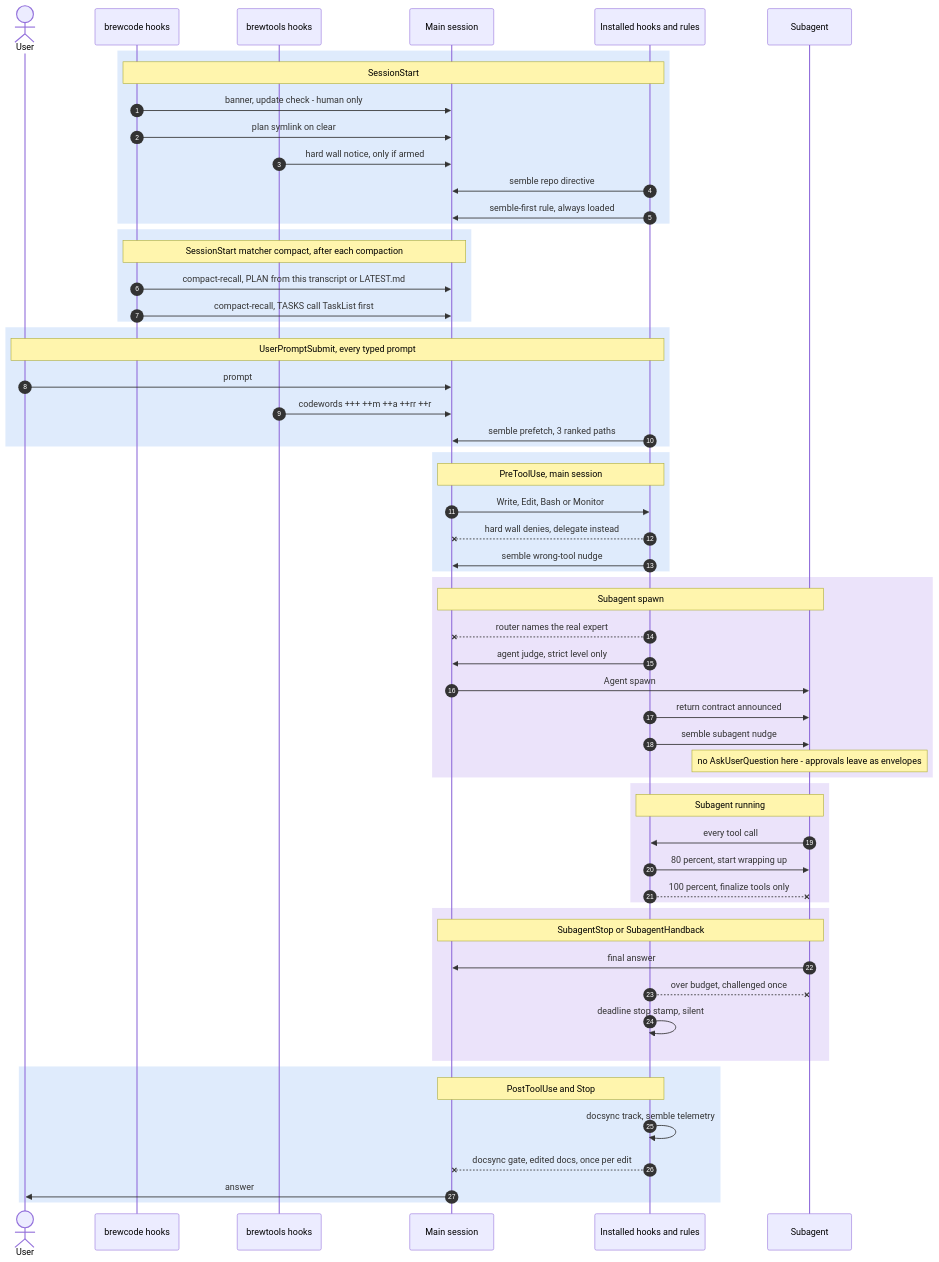
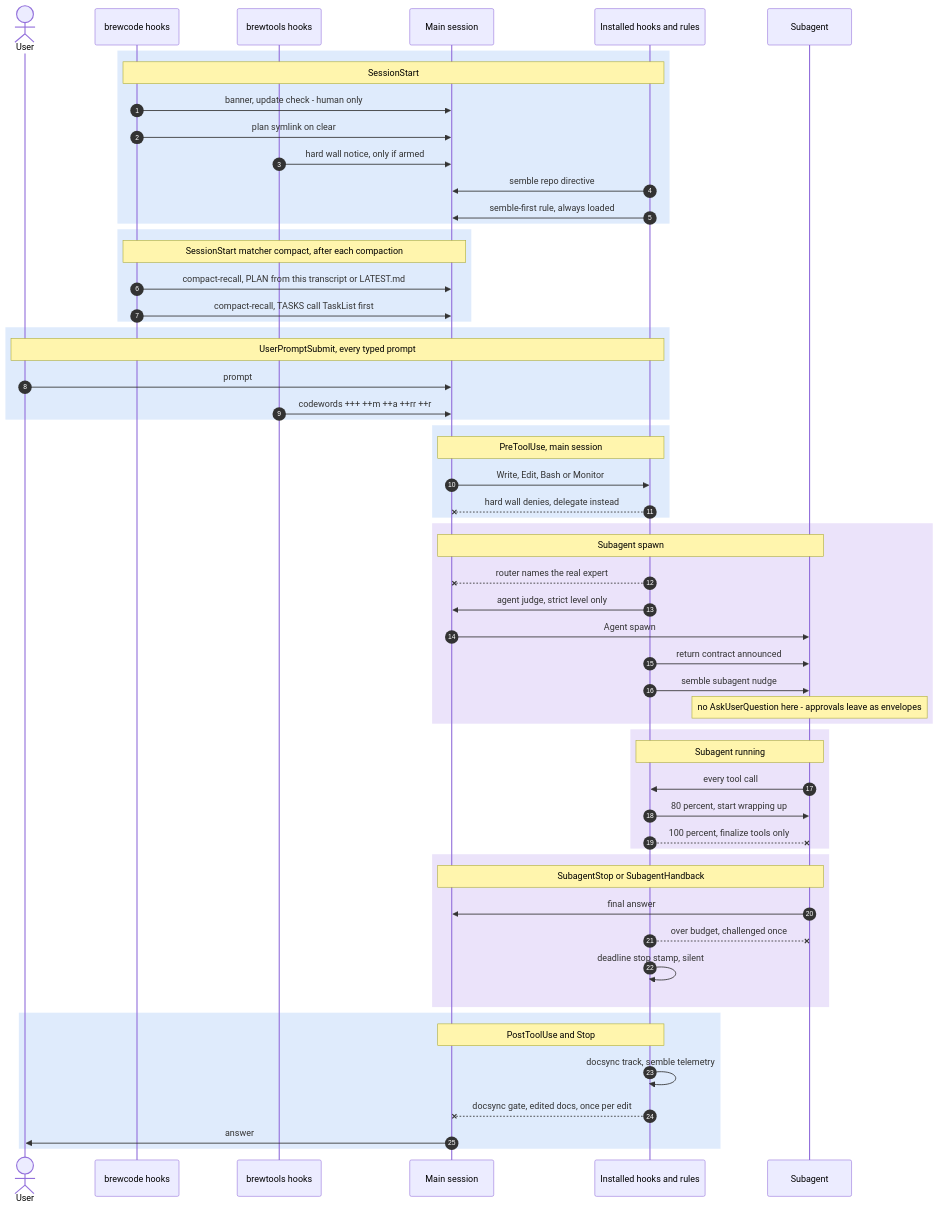
One commit to kochetkov-ma/claude-brewcode changed the second of 2 diagrams in APPROACHES.md. Above: the diagram before and after it, drawn with Mermaid. The commit also changed other lines of this file and 517 other files, not shown here.

````diff
--- a/APPROACHES.md
+++ b/APPROACHES.md
@@ -81,70 +81,68 @@
 ```mermaid
 sequenceDiagram
   autonumber
   actor U as User
   participant BC as brewcode hooks
   participant BT as brewtools hooks
   participant MS as Main session
   participant PH as Installed hooks and rules
   participant SA as Subagent
 
   rect rgba(31,111,235,0.14)
     Note over BC,PH: SessionStart
     BC->>MS: banner, update check - human only
     BC->>MS: plan symlink on clear
     BT->>MS: hard wall notice, only if armed
     PH->>MS: semble repo directive
     PH->>MS: semble-first rule, always loaded
   end
 
   rect rgba(31,111,235,0.14)
     Note over BC,MS: SessionStart matcher compact, after each compaction
     BC->>MS: compact-recall, PLAN from this transcript or LATEST.md
     BC->>MS: compact-recall, TASKS call TaskList first
   end
 
   rect rgba(31,111,235,0.14)
     Note over U,PH: UserPromptSubmit, every typed prompt
     U->>MS: prompt
     BT->>MS: codewords +++ ++m ++a ++rr ++r
-    PH->>MS: semble prefetch, 3 ranked paths
   end
 
   rect rgba(31,111,235,0.14)
     Note over MS,PH: PreToolUse, main session
     MS->>PH: Write, Edit, Bash or Monitor
     PH--xMS: hard wall denies, delegate instead
-    PH->>MS: semble wrong-tool nudge
   end
 
   rect rgba(130,80,223,0.16)
     Note over MS,SA: Subagent spawn
     PH--xMS: router names the real expert
     PH->>MS: agent judge, strict level only
     MS->>SA: Agent spawn
     PH->>SA: return contract announced
     PH->>SA: semble subagent nudge
     Note over SA: no AskUserQuestion here - approvals leave as envelopes
   end
 
   rect rgba(130,80,223,0.16)
     Note over PH,SA: Subagent running
     SA->>PH: every tool call
     PH->>SA: 80 percent, start wrapping up
     PH--xSA: 100 percent, finalize tools only
   end
 
   rect rgba(130,80,223,0.16)
     Note over MS,SA: SubagentStop or SubagentHandback
     SA->>MS: final answer
     PH--xSA: over budget, challenged once
     PH->>PH: deadline stop stamp, silent
   end
 
   rect rgba(31,111,235,0.14)
     Note over MS,PH: PostToolUse and Stop
     PH->>PH: docsync track, semble telemetry
     PH--xMS: docsync gate, edited docs, once per edit
     MS->>U: answer
   end
 ```
````
